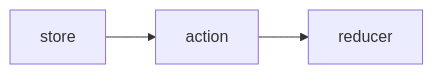
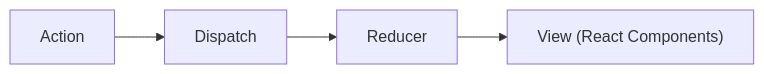
One commit to agsamdev/FCC-FrontEndDev-Libraries changed the diagram in Redux/README.md. Above: the diagram before and after it, drawn with Mermaid. The commit also changed other lines of this file, not shown here.

````diff
--- a/Redux/README.md
+++ b/Redux/README.md
@@ -1,9 +1,9 @@
 ```mermaid
 %%{init: {"flowchart": {"htmlLabels": false}} }%%
 flowchart LR
-    first["`store`"]
-    second["`action`"]
-    third["`reducer`"]
-    first --> second --> third
-
+    first["`Action`"]
+    second["`Dispatch`"]
+    third["`Reducer`"]
+    fourth["`View (React Components)`"]
+    first --> second --> third --> fourth
 ```
````
